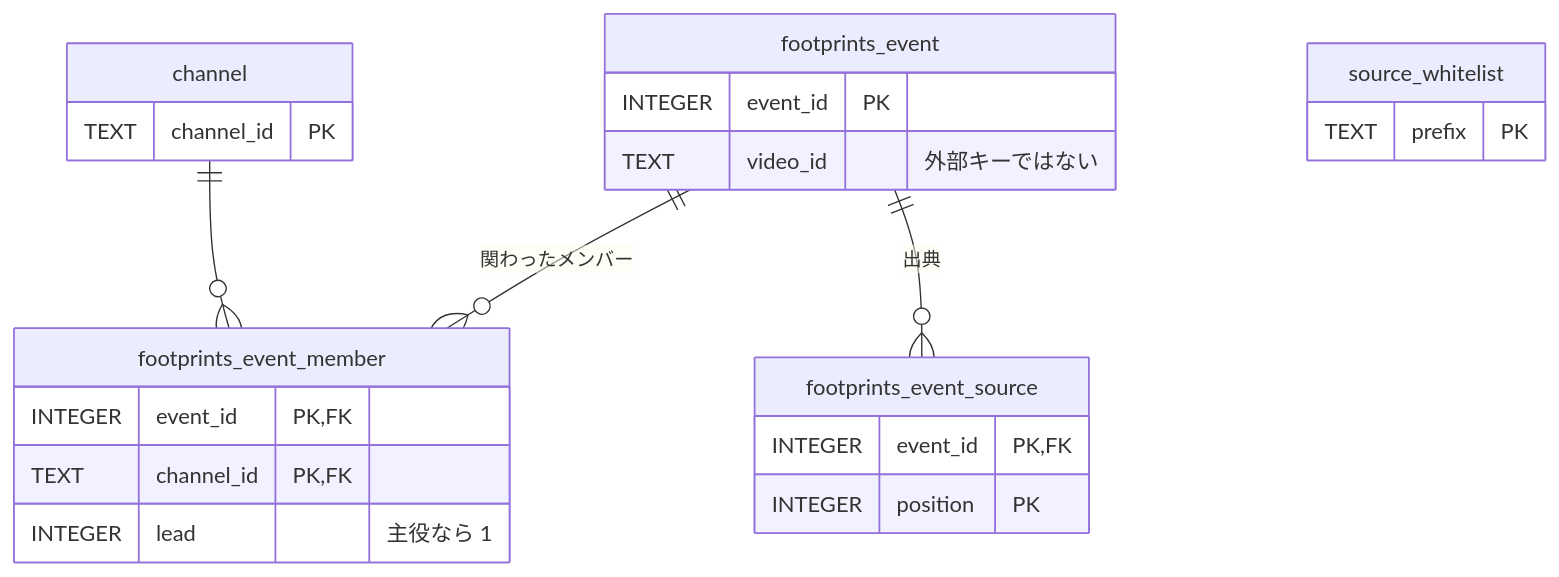
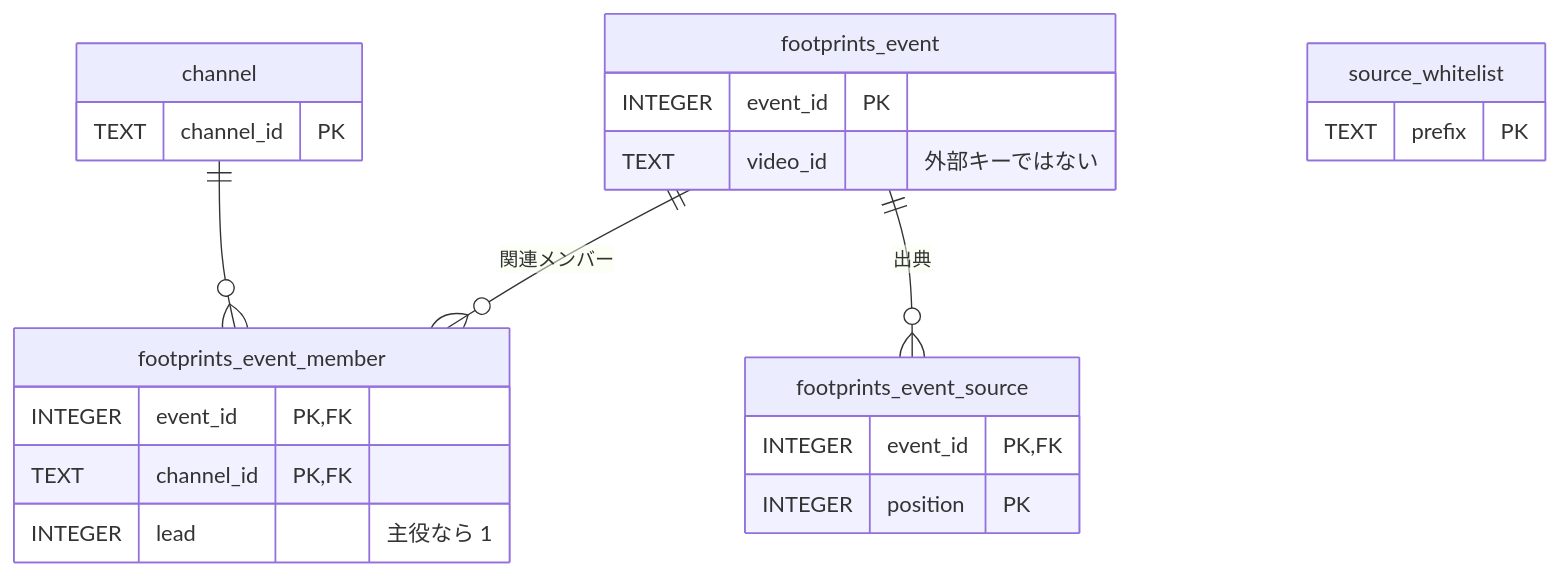
The second of 7 diagrams in docs/reference/data.md (nanase/kemov), drawn with Mermaid before and after one commit. The commit also changed other lines of this file and 66 other files, not shown here.

````diff
--- a/docs/reference/data.md
+++ b/docs/reference/data.md
@@ -54,25 +54,25 @@
 ```mermaid
 erDiagram
-  footprints_event ||--o{ footprints_event_member : "関わったメンバー"
+  footprints_event ||--o{ footprints_event_member : "関連メンバー"
   channel ||--o{ footprints_event_member : ""
   footprints_event ||--o{ footprints_event_source : "出典"
   footprints_event {
     INTEGER event_id PK
     TEXT video_id "外部キーではない"
   }
   footprints_event_member {
     INTEGER event_id PK, FK
     TEXT channel_id PK, FK
     INTEGER lead "主役なら 1"
   }
   footprints_event_source {
     INTEGER event_id PK, FK
     INTEGER position PK
   }
   channel {
     TEXT channel_id PK
   }
   source_whitelist {
     TEXT prefix PK
   }
 ```
````
